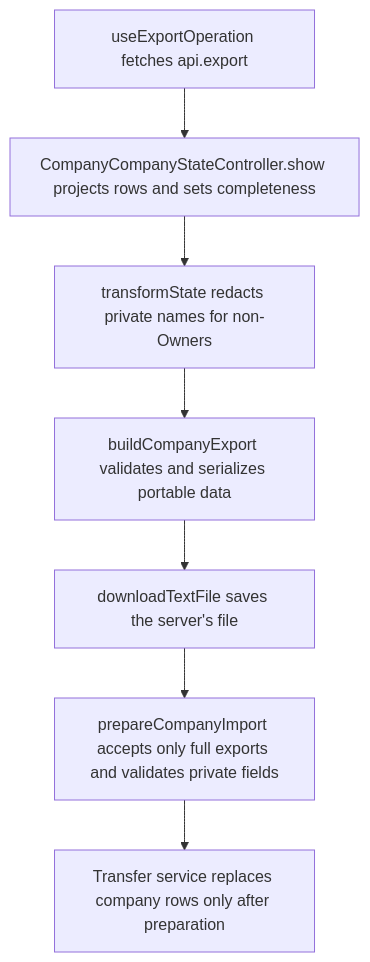
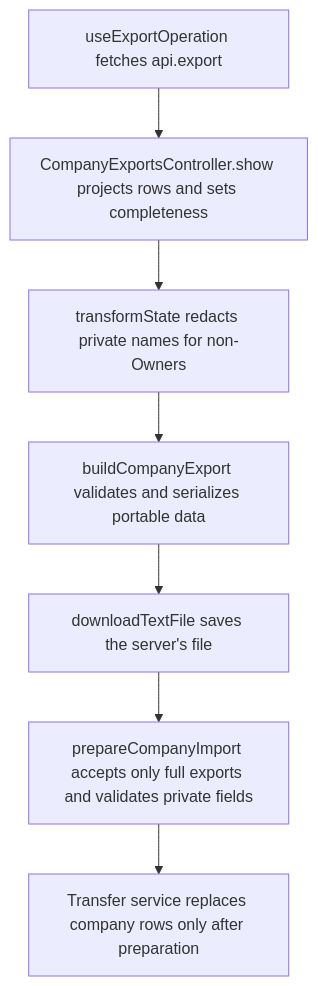
The second of 2 diagrams in user-stories/data/US-DAT-07-private-name-portability.md (Kevinjohn/capacitylens), drawn with Mermaid before and after one commit. The commit also changed 1 other file, not shown here.

Commit message:
Stories: name CompanyExportsController in the export flows
US-DAT-01 and US-DAT-07 named CompanyCompanyStateController.show, a
class that does not exist, for the export download. The export route
is CompanyExportsController.show.

````diff
--- a/user-stories/data/US-DAT-07-private-name-portability.md
+++ b/user-stories/data/US-DAT-07-private-name-portability.md
@@ -29,9 +29,9 @@
 ```mermaid
 flowchart TD
-  fetch["useExportOperation fetches api.export"] --> role["CompanyCompanyStateController.show projects rows and sets completeness"]
+  fetch["useExportOperation fetches api.export"] --> role["CompanyExportsController.show projects rows and sets completeness"]
   role --> project["transformState redacts private names for non-Owners"]
   project --> beta["buildCompanyExport validates and serializes portable data"]
   beta --> file["downloadTextFile saves the server's file"]
   file --> import["prepareCompanyImport accepts only full exports and validates private fields"]
   import --> replace["Transfer service replaces company rows only after preparation"]
 ```
````
